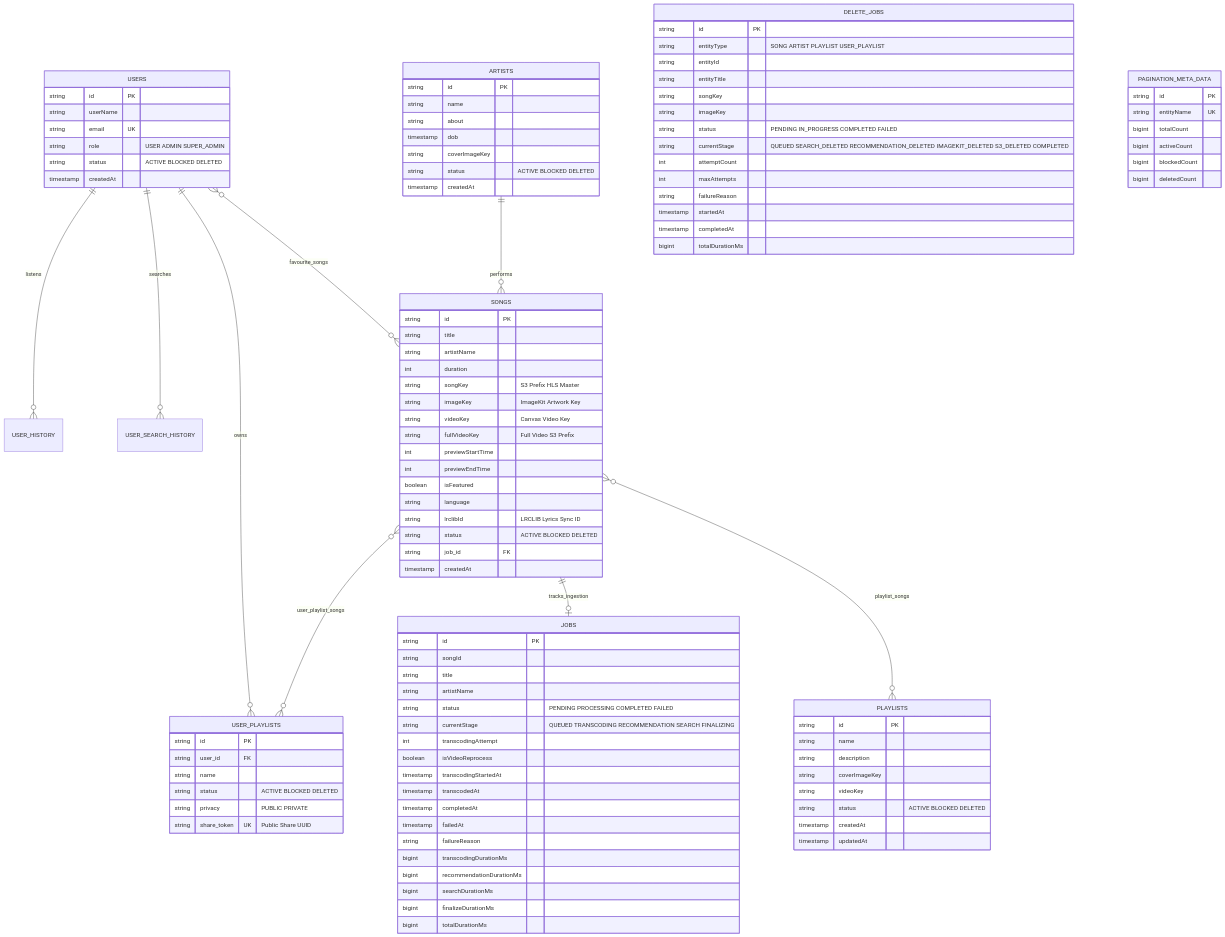
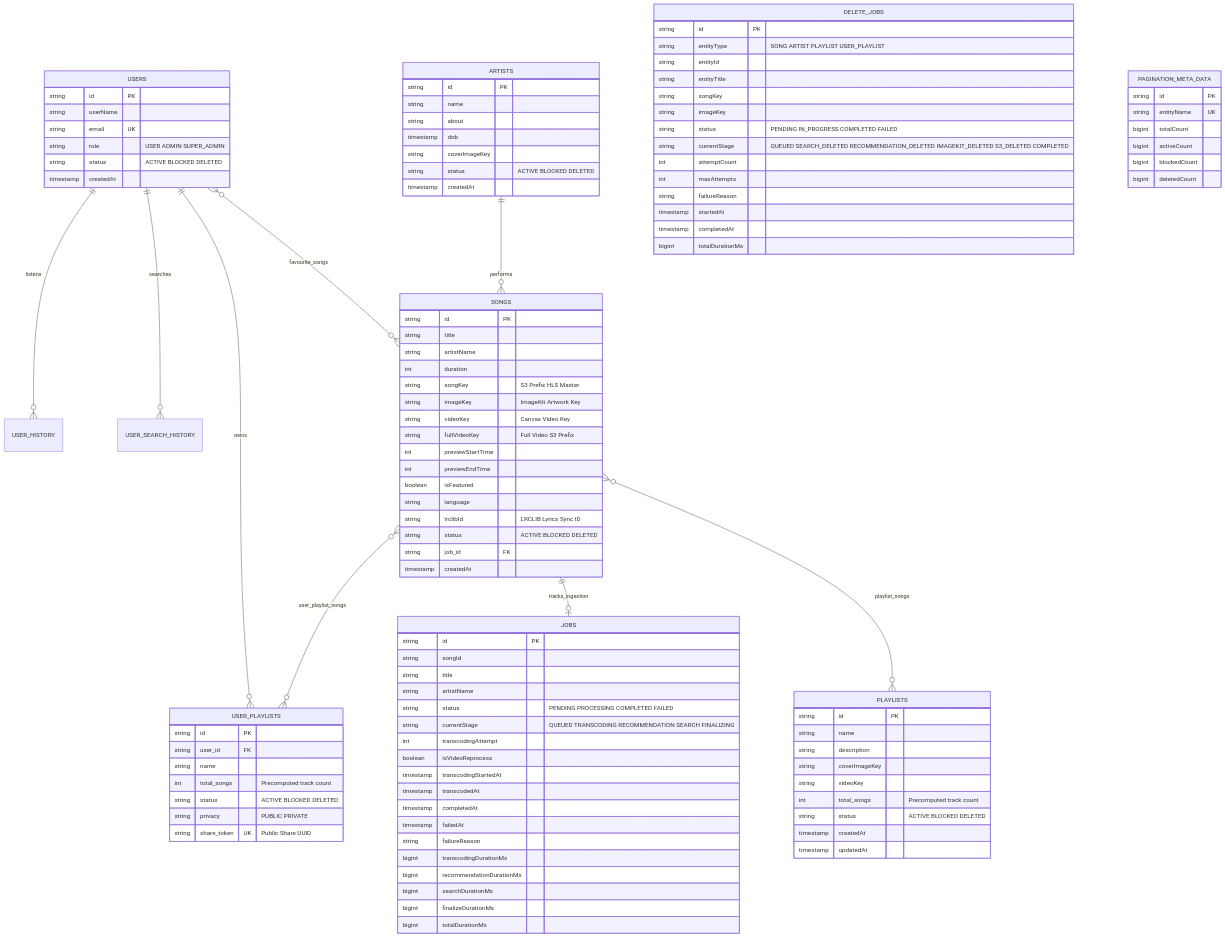
Diagram 12 of 17 in README.md (karankumar786786/AudioMelodySpringboot), drawn with Mermaid before and after one commit. The commit also changed 17 other files, not shown here.

Commit message:
feat: add total_songs column and tracking logic to playlists across backend and frontends

```diff
--- a/README.md
+++ b/README.md
@@ -1034,6 +1034,7 @@
         string description
         string coverImageKey
         string videoKey
+        int total_songs "Precomputed track count"
         string status "ACTIVE BLOCKED DELETED"
         timestamp createdAt
         timestamp updatedAt
@@ -1043,6 +1044,7 @@
         string id PK
         string user_id FK
         string name
+        int total_songs "Precomputed track count"
         string status "ACTIVE BLOCKED DELETED"
         string privacy "PUBLIC PRIVATE"
         string share_token UK "Public Share UUID"
```
